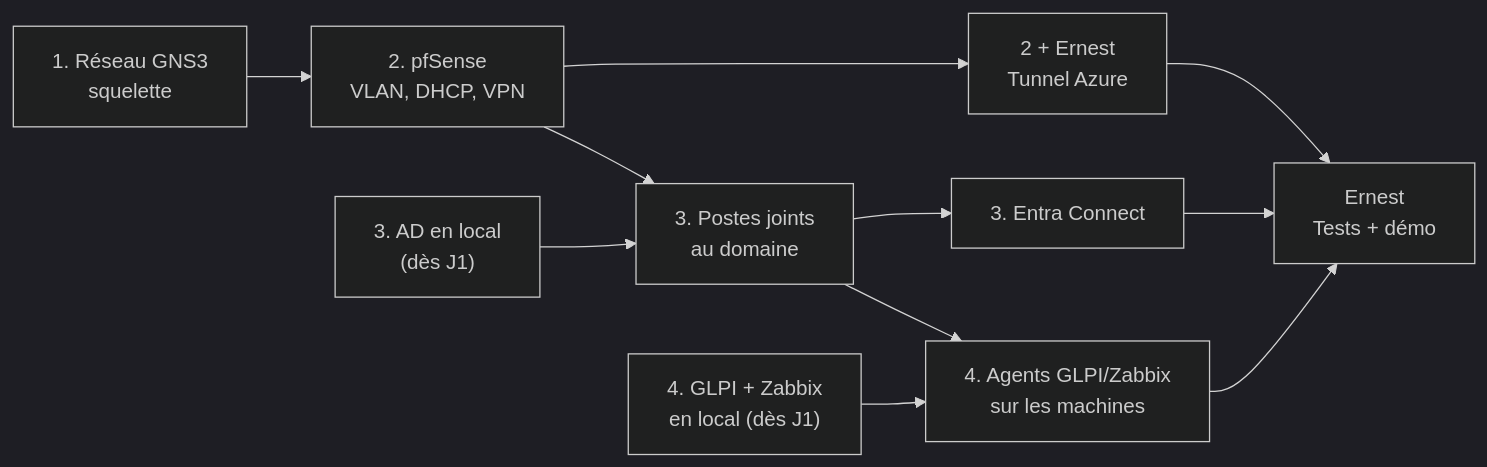
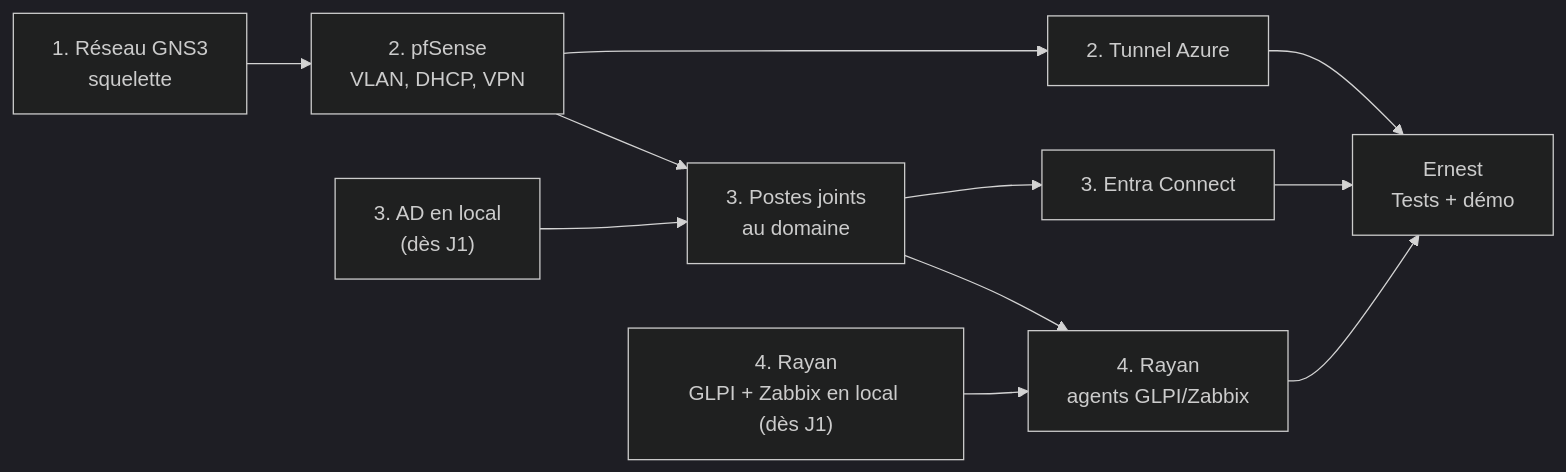
The diagram in gestion_projet/ROLES_PROJET.md (Ensima/Projet--SAP-), drawn with Mermaid (dark theme) before and after one commit. The commit also changed other lines of this file and 1 other file, not shown here.

First line of the commit message:
Rôles du projet : 5 personnes, un rôle chacun, Rayan sur les services avec un parrain

````diff
--- a/gestion_projet/ROLES_PROJET.md
+++ b/gestion_projet/ROLES_PROJET.md
@@ -193,13 +209,13 @@
 ```mermaid
 flowchart LR
   R1["1. Réseau GNS3<br/>squelette"] --> R2["2. pfSense<br/>VLAN, DHCP, VPN"]
   R2 --> R3b["3. Postes joints<br/>au domaine"]
   R3a["3. AD en local<br/>(dès J1)"] --> R3b
-  R3b --> R4b["4. Agents GLPI/Zabbix<br/>sur les machines"]
-  R4a["4. GLPI + Zabbix<br/>en local (dès J1)"] --> R4b
-  R2 --> AZ["2 + Ernest<br/>Tunnel Azure"]
+  R3b --> R4b["4. Rayan<br/>agents GLPI/Zabbix"]
+  R4a["4. Rayan<br/>GLPI + Zabbix en local (dès J1)"] --> R4b
+  R2 --> AZ["2. Tunnel Azure"]
   R3b --> EC["3. Entra Connect"]
   AZ --> DEMO["Ernest<br/>Tests + démo"]
   EC --> DEMO
   R4b --> DEMO
 ```
````
